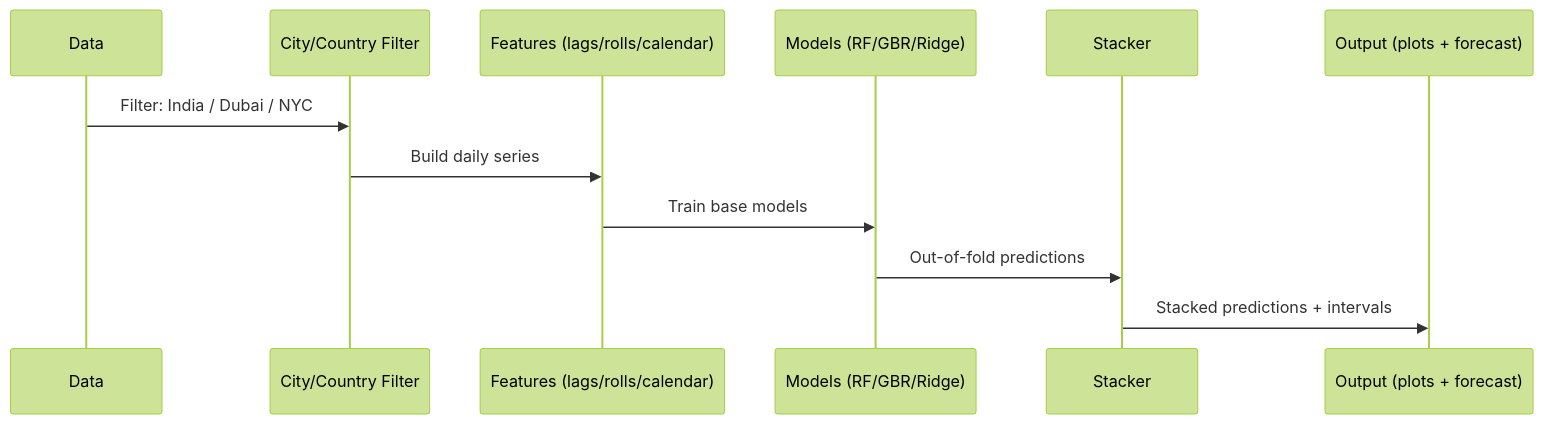
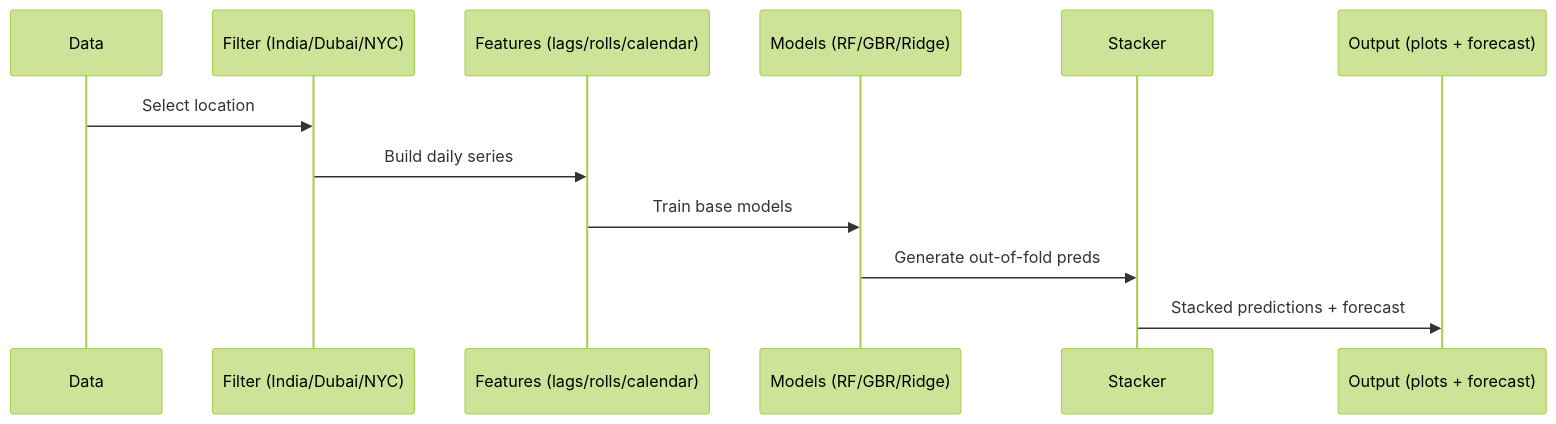
Before and after one commit to Shubham07102003/Weather-Trend-Forecasting: the third of 3 diagrams in README.md, drawn with Mermaid (forest theme). The commit also changed other lines of this file, not shown here.

````diff
--- a/README.md
+++ b/README.md
@@ -198,15 +153,15 @@
 ```mermaid
 sequenceDiagram
     participant D as Data
-    participant C as City/Country Filter
+    participant C as Filter (India/Dubai/NYC)
     participant F as Features (lags/rolls/calendar)
     participant M as Models (RF/GBR/Ridge)
     participant S as Stacker
     participant O as Output (plots + forecast)
 
-    D->>C: Filter: India / Dubai / NYC
+    D->>C: Select location
     C->>F: Build daily series
     F->>M: Train base models
-    M->>S: Out-of-fold predictions
-    S->>O: Stacked predictions + intervals
+    M->>S: Generate out-of-fold preds
+    S->>O: Stacked predictions + forecast
 ```
````
